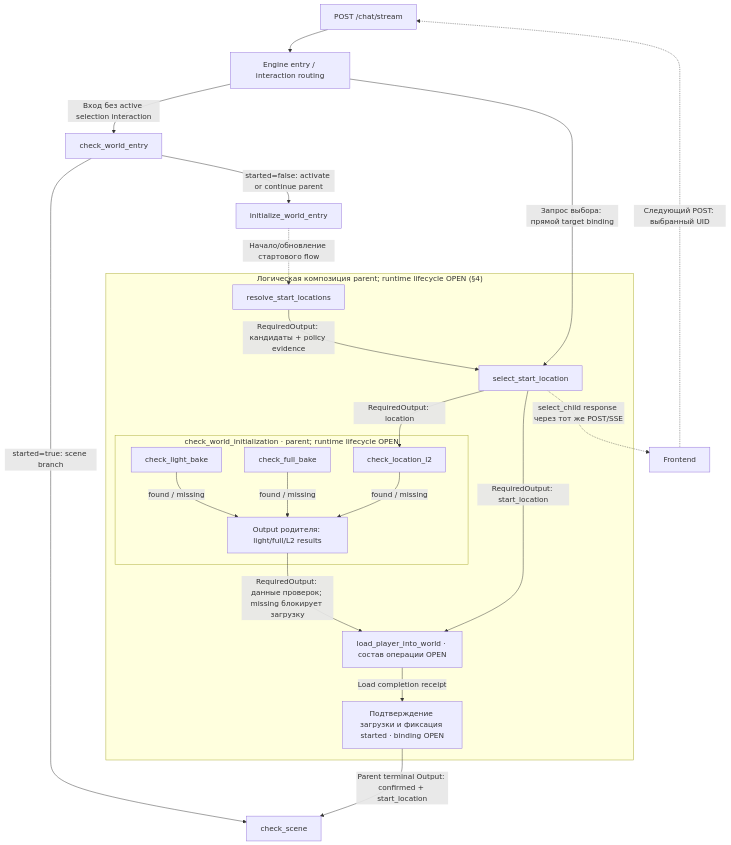
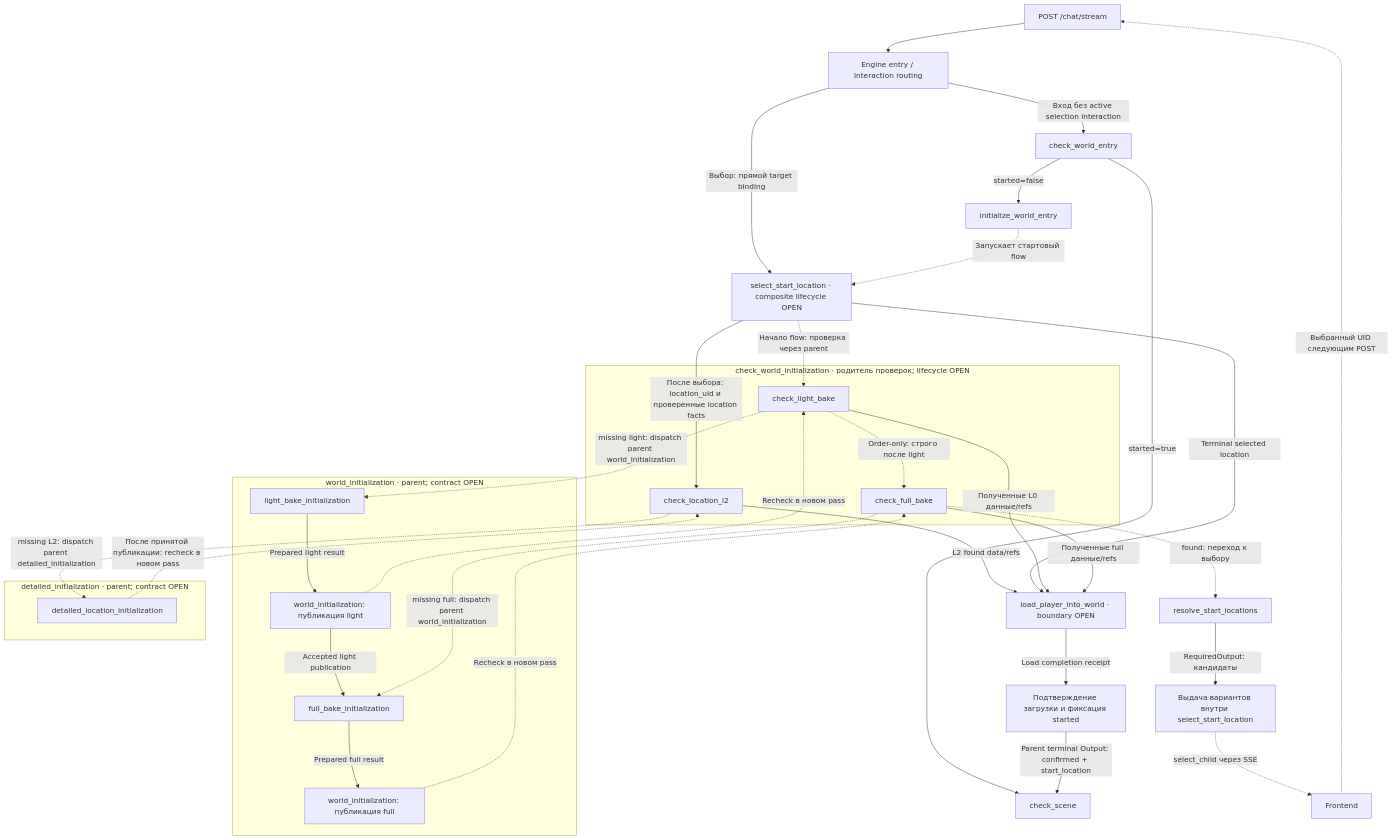
Before and after one commit to AndrewBondaren/AI-Project: the diagram in .cursor/plans/gen-dag-node-dependency.md, drawn with Mermaid. The commit also changed other lines of this file and 6 other files, not shown here.

````diff
--- a/.cursor/plans/gen-dag-node-dependency.md
+++ b/.cursor/plans/gen-dag-node-dependency.md
@@ -13,32 +13,45 @@
 ```mermaid
 flowchart TD
     API["POST /chat/stream"] --> E["Engine entry / interaction routing"]
     E -->|"Вход без active selection interaction"| W["check_world_entry"]
-    E -->|"Запрос выбора: прямой target binding"| S
-    W -->|"started=true: scene branch"| C["check_scene"]
-    W -->|"started=false: activate or continue parent"| P["initialize_world_entry"]
-    subgraph I["Логическая композиция parent; runtime lifecycle OPEN (§4)"]
-        R["resolve_start_locations"]
-        S["select_start_location"]
-        R -->|"RequiredOutput: кандидаты + policy evidence"| S
-        subgraph CHECKS["check_world_initialization · parent; runtime lifecycle OPEN"]
-            L["check_light_bake"]
-            F["check_full_bake"]
-            D["check_location_l2"]
-            REPORT["Output родителя: light/full/L2 results"]
-            L -->|"found / missing"| REPORT
-            F -->|"found / missing"| REPORT
-            D -->|"found / missing"| REPORT
-        end
-        LOAD["load_player_into_world · состав операции OPEN"]
-        DONE["Подтверждение загрузки и фиксация started · binding OPEN"]
-        S -->|"RequiredOutput: location"| D
-        S -->|"RequiredOutput: start_location"| LOAD
-        REPORT -->|"RequiredOutput: данные проверок; missing блокирует загрузку"| LOAD
-        LOAD -->|"Load completion receipt"| DONE
+    E -->|"Выбор: прямой target binding"| S
+    W -->|"started=true"| C["check_scene"]
+    W -->|"started=false"| P["initialize_world_entry"]
+    P -.->|"Запускает стартовый flow"| S["select_start_location · composite lifecycle OPEN"]
+    subgraph CHECKS["check_world_initialization · родитель проверок; lifecycle OPEN"]
+        L["check_light_bake"]
+        F["check_full_bake"]
+        D["check_location_l2"]
+        L -.->|"Order-only: строго после light"| F
     end
-    P -.->|"Начало/обновление стартового flow"| R
-    S -.->|"select_child response через тот же POST/SSE"| UI["Frontend"]
-    UI -.->|"Следующий POST: выбранный UID"| API
+    S -.->|"Начало flow: проверка через parent"| L
+    F -.->|"found: переход к выбору"| R["resolve_start_locations"]
+    R -->|"RequiredOutput: кандидаты"| OFFER["Выдача вариантов внутри select_start_location"]
+    OFFER -.->|"select_child через SSE"| UI["Frontend"]
+    UI -.->|"Выбранный UID следующим POST"| API
+    S -->|"После выбора: location_uid и проверенные location facts"| D
+    D -->|"L2 found data/refs"| LOAD["load_player_into_world · boundary OPEN"]
+    S -->|"Terminal selected location"| LOAD
+    L -->|"Полученные L0 данные/refs"| LOAD
+    F -->|"Полученные full данные/refs"| LOAD
+    subgraph WI["world_initialization · parent; contract OPEN"]
+        LI["light_bake_initialization"]
+        FI["full_bake_initialization"]
+        LP["world_initialization: публикация light"]
+        FP["world_initialization: публикация full"]
+        LI -->|"Prepared light result"| LP
+        LP -->|"Accepted light publication"| FI
+        FI -->|"Prepared full result"| FP
+    end
+    subgraph DI["detailed_initialization · parent; contract OPEN"]
+        DLI["detailed_location_initialization"]
+    end
+    L -.->|"missing light: dispatch parent world_initialization"| LI
+    F -.->|"missing full: dispatch parent world_initialization"| FI
+    D -.->|"missing L2: dispatch parent detailed_initialization"| DLI
+    LP -.->|"Recheck в новом pass"| L
+    FP -.->|"Recheck в новом pass"| F
+    DLI -.->|"После принятой публикации: recheck в новом pass"| D
+    LOAD -->|"Load completion receipt"| DONE["Подтверждение загрузки и фиксация started"]
     DONE -->|"Parent terminal Output: confirmed + start_location"| C
 ```
````
